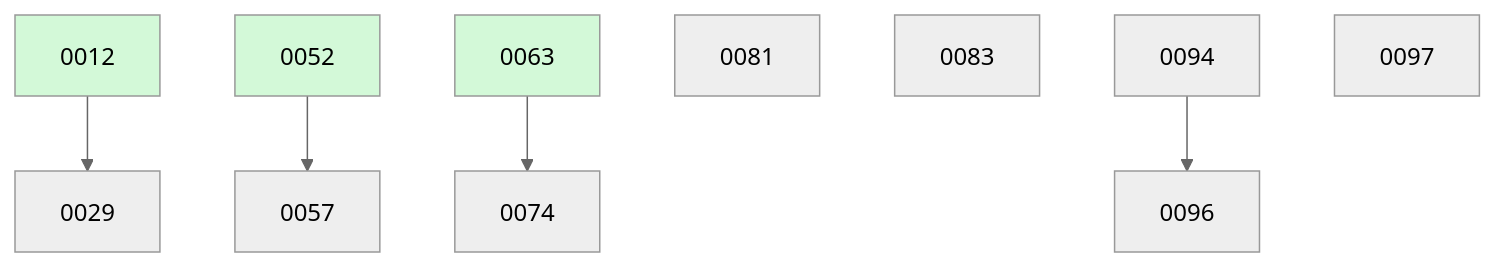
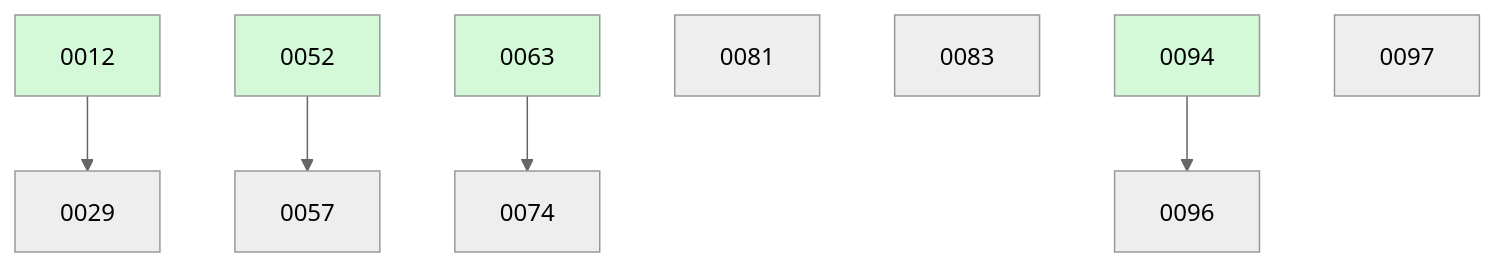
Before and after one commit to ethanhinson/fuse: the diagram in docs/changes/BOARD.md, drawn with Mermaid (neutral theme). The commit also changed other lines of this file and 4 other files, not shown here.

````diff
--- a/docs/changes/BOARD.md
+++ b/docs/changes/BOARD.md
@@ -33,15 +32,15 @@
 ```mermaid
 graph TD
   0012 --> 0029
   0052 --> 0057
   0063 --> 0074
   0081
   0083
-  0094
   0094 --> 0096
   0097
   0012:::done
   0052:::done
   0063:::done
+  0094:::done
   classDef done fill:#d3f9d8;
 ```
````
